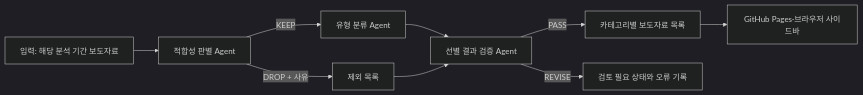
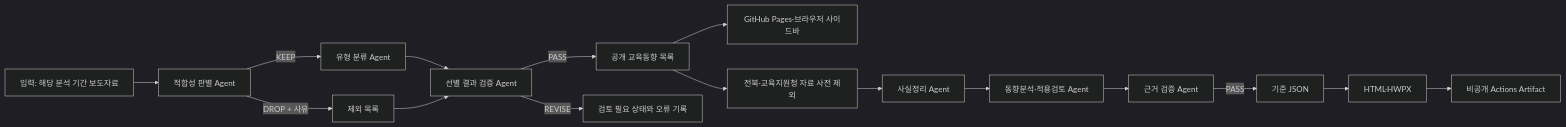
The diagram in README.md (kain9012-bit/edu-news-alert), drawn with Mermaid (dark theme) before and after one commit. The commit also changed other lines of this file and 21 other files, not shown here.

````diff
--- a/README.md
+++ b/README.md
@@ -19,11 +19,18 @@
 ```mermaid
 flowchart LR
     A[입력: 해당 분석 기간 보도자료] --> B[적합성 판별 Agent]
     B -->|KEEP| C[유형 분류 Agent]
     B -->|DROP + 사유| D[제외 목록]
     C --> E[선별 결과 검증 Agent]
     D --> E
-    E -->|PASS| F[카테고리별 보도자료 목록]
+    E -->|PASS| F[공개 교육동향 목록]
     E -->|REVISE| G[검토 필요 상태와 오류 기록]
     F --> H[GitHub Pages·브라우저 사이드바]
+    F --> I[전북·교육지원청 자료 사전 제외]
+    I --> J[사실정리 Agent]
+    J --> K[동향분석·적용검토 Agent]
+    K --> L[근거 검증 Agent]
+    L -->|PASS| M[기준 JSON]
+    M --> N[HTML·HWPX]
+    N --> O[비공개 Actions Artifact]
 ```
````
